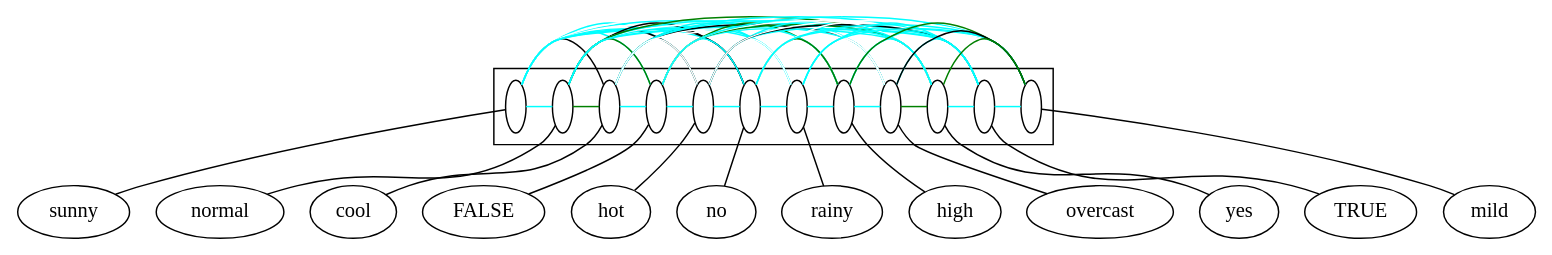
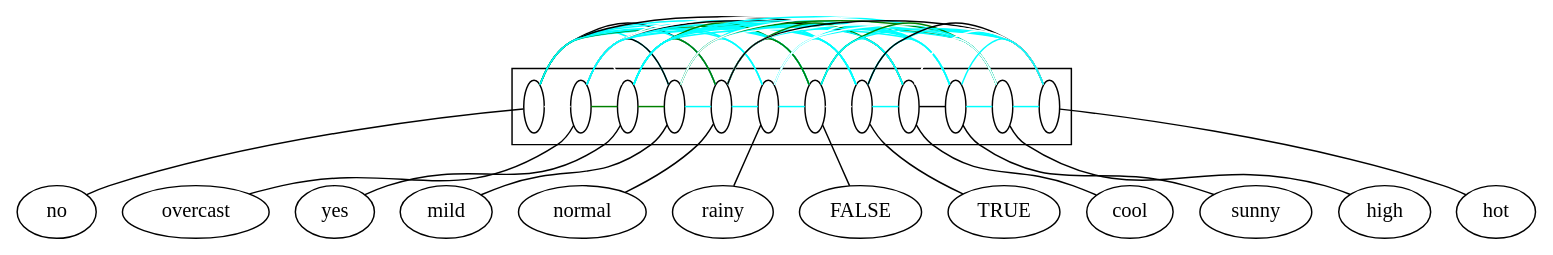
Before and after one commit to lrodrin/TFG: the diagram in src/final/exponential2structure.dot, drawn with Graphviz. The commit also changed 24 other files, not shown here.

```diff
--- a/src/final/exponential2structure.dot
+++ b/src/final/exponential2structure.dot
@@ -1,112 +1,112 @@
 digraph G {
 compound=True;
-sunny;
-normal;
-cool;
-FALSE;
-hot;
 no;
-rainy;
-high;
 overcast;
 yes;
+mild;
+normal;
+rainy;
+FALSE;
 TRUE;
-mild;
-subgraph cluster_TRUEnormalmildovercastrainycoolsunnyyesnoFALSEhothigh {
-s_sunny [fillcolor=white, fixedsize=True, label=" ", width=0.2];
-s_normal [fillcolor=white, fixedsize=True, label=" ", width=0.2];
-s_cool [fillcolor=white, fixedsize=True, label=" ", width=0.2];
-s_FALSE [fillcolor=white, fixedsize=True, label=" ", width=0.2];
-s_hot [fillcolor=white, fixedsize=True, label=" ", width=0.2];
-s_no [fillcolor=white, fixedsize=True, label=" ", width=0.2];
-s_rainy [fillcolor=white, fixedsize=True, label=" ", width=0.2];
-s_high [fillcolor=white, fixedsize=True, label=" ", width=0.2];
-s_overcast [fillcolor=white, fixedsize=True, label=" ", width=0.2];
-s_yes [fillcolor=white, fixedsize=True, label=" ", width=0.2];
-s_TRUE [fillcolor=white, fixedsize=True, label=" ", width=0.2];
-s_mild [fillcolor=white, fixedsize=True, label=" ", width=0.2];
+cool;
+sunny;
+high;
+hot;
+subgraph cluster_sunnyhighTRUEcoolnormalyesrainynoFALSEmildhotovercast {
+s_no [label=" ", fillcolor=white, width=0.2, fixedsize=True];
+s_overcast [label=" ", fillcolor=white, width=0.2, fixedsize=True];
+s_yes [label=" ", fillcolor=white, width=0.2, fixedsize=True];
+s_mild [label=" ", fillcolor=white, width=0.2, fixedsize=True];
+s_normal [label=" ", fillcolor=white, width=0.2, fixedsize=True];
+s_rainy [label=" ", fillcolor=white, width=0.2, fixedsize=True];
+s_FALSE [label=" ", fillcolor=white, width=0.2, fixedsize=True];
+s_TRUE [label=" ", fillcolor=white, width=0.2, fixedsize=True];
+s_cool [label=" ", fillcolor=white, width=0.2, fixedsize=True];
+s_sunny [label=" ", fillcolor=white, width=0.2, fixedsize=True];
+s_high [label=" ", fillcolor=white, width=0.2, fixedsize=True];
+s_hot [label=" ", fillcolor=white, width=0.2, fixedsize=True];
 subgraph  {
 rank=same;
-s_sunny -> s_normal  [arrowhead=none, color=cyan];
-s_sunny -> s_cool  [arrowhead=none, color=black];
-s_sunny -> s_FALSE  [arrowhead=none, color=cyan];
-s_sunny -> s_hot  [arrowhead=none, color=cyan];
-s_sunny -> s_no  [arrowhead=none, color=cyan];
-s_sunny -> s_rainy  [arrowhead=none, color=white];
-s_sunny -> s_high  [arrowhead=none, color=cyan];
-s_sunny -> s_overcast  [arrowhead=none, color=white];
-s_sunny -> s_yes  [arrowhead=none, color=cyan];
-s_sunny -> s_TRUE  [arrowhead=none, color=cyan];
-s_sunny -> s_mild  [arrowhead=none, color=cyan];
-s_normal -> s_cool  [arrowhead=none, color=green];
-s_normal -> s_FALSE  [arrowhead=none, color=green];
-s_normal -> s_hot  [arrowhead=none, color=black];
-s_normal -> s_no  [arrowhead=none, color=black];
-s_normal -> s_rainy  [arrowhead=none, color=cyan];
-s_normal -> s_high  [arrowhead=none, color=white];
-s_normal -> s_overcast  [arrowhead=none, color=cyan];
-s_normal -> s_yes  [arrowhead=none, color=green];
-s_normal -> s_TRUE  [arrowhead=none, color=cyan];
-s_normal -> s_mild  [arrowhead=none, color=cyan];
-s_cool -> s_FALSE  [arrowhead=none, color=cyan];
-s_cool -> s_hot  [arrowhead=none, color=white];
-s_cool -> s_no  [arrowhead=none, color=black];
-s_cool -> s_rainy  [arrowhead=none, color=cyan];
-s_cool -> s_high  [arrowhead=none, color=white];
-s_cool -> s_overcast  [arrowhead=none, color=black];
-s_cool -> s_yes  [arrowhead=none, color=cyan];
-s_cool -> s_TRUE  [arrowhead=none, color=cyan];
-s_cool -> s_mild  [arrowhead=none, color=white];
-s_FALSE -> s_hot  [arrowhead=none, color=cyan];
-s_FALSE -> s_no  [arrowhead=none, color=cyan];
-s_FALSE -> s_rainy  [arrowhead=none, color=cyan];
-s_FALSE -> s_high  [arrowhead=none, color=green];
-s_FALSE -> s_overcast  [arrowhead=none, color=cyan];
-s_FALSE -> s_yes  [arrowhead=none, color=green];
-s_FALSE -> s_TRUE  [arrowhead=none, color=white];
-s_FALSE -> s_mild  [arrowhead=none, color=cyan];
-s_hot -> s_no  [arrowhead=none, color=cyan];
-s_hot -> s_rainy  [arrowhead=none, color=white];
-s_hot -> s_high  [arrowhead=none, color=cyan];
-s_hot -> s_overcast  [arrowhead=none, color=cyan];
-s_hot -> s_yes  [arrowhead=none, color=cyan];
-s_hot -> s_TRUE  [arrowhead=none, color=black];
-s_hot -> s_mild  [arrowhead=none, color=white];
-s_no -> s_rainy  [arrowhead=none, color=cyan];
-s_no -> s_high  [arrowhead=none, color=green];
 s_no -> s_overcast  [arrowhead=none, color=white];
 s_no -> s_yes  [arrowhead=none, color=white];
+s_no -> s_mild  [arrowhead=none, color=cyan];
+s_no -> s_normal  [arrowhead=none, color=black];
+s_no -> s_rainy  [arrowhead=none, color=cyan];
+s_no -> s_FALSE  [arrowhead=none, color=cyan];
 s_no -> s_TRUE  [arrowhead=none, color=cyan];
-s_no -> s_mild  [arrowhead=none, color=cyan];
+s_no -> s_cool  [arrowhead=none, color=black];
+s_no -> s_sunny  [arrowhead=none, color=cyan];
+s_no -> s_high  [arrowhead=none, color=green];
+s_no -> s_hot  [arrowhead=none, color=cyan];
+s_overcast -> s_yes  [arrowhead=none, color=green];
+s_overcast -> s_mild  [arrowhead=none, color=black];
+s_overcast -> s_normal  [arrowhead=none, color=cyan];
+s_overcast -> s_rainy  [arrowhead=none, color=white];
+s_overcast -> s_FALSE  [arrowhead=none, color=cyan];
+s_overcast -> s_TRUE  [arrowhead=none, color=cyan];
+s_overcast -> s_cool  [arrowhead=none, color=black];
+s_overcast -> s_sunny  [arrowhead=none, color=white];
+s_overcast -> s_high  [arrowhead=none, color=cyan];
+s_overcast -> s_hot  [arrowhead=none, color=cyan];
+s_yes -> s_mild  [arrowhead=none, color=green];
+s_yes -> s_normal  [arrowhead=none, color=green];
+s_yes -> s_rainy  [arrowhead=none, color=cyan];
+s_yes -> s_FALSE  [arrowhead=none, color=green];
+s_yes -> s_TRUE  [arrowhead=none, color=cyan];
+s_yes -> s_cool  [arrowhead=none, color=cyan];
+s_yes -> s_sunny  [arrowhead=none, color=cyan];
+s_yes -> s_high  [arrowhead=none, color=cyan];
+s_yes -> s_hot  [arrowhead=none, color=cyan];
+s_mild -> s_normal  [arrowhead=none, color=cyan];
+s_mild -> s_rainy  [arrowhead=none, color=cyan];
+s_mild -> s_FALSE  [arrowhead=none, color=cyan];
+s_mild -> s_TRUE  [arrowhead=none, color=cyan];
+s_mild -> s_cool  [arrowhead=none, color=white];
+s_mild -> s_sunny  [arrowhead=none, color=cyan];
+s_mild -> s_high  [arrowhead=none, color=green];
+s_mild -> s_hot  [arrowhead=none, color=white];
+s_normal -> s_rainy  [arrowhead=none, color=cyan];
+s_normal -> s_FALSE  [arrowhead=none, color=green];
+s_normal -> s_TRUE  [arrowhead=none, color=cyan];
+s_normal -> s_cool  [arrowhead=none, color=green];
+s_normal -> s_sunny  [arrowhead=none, color=cyan];
+s_normal -> s_high  [arrowhead=none, color=white];
+s_normal -> s_hot  [arrowhead=none, color=black];
+s_rainy -> s_FALSE  [arrowhead=none, color=cyan];
+s_rainy -> s_TRUE  [arrowhead=none, color=cyan];
+s_rainy -> s_cool  [arrowhead=none, color=cyan];
+s_rainy -> s_sunny  [arrowhead=none, color=white];
 s_rainy -> s_high  [arrowhead=none, color=cyan];
-s_rainy -> s_overcast  [arrowhead=none, color=white];
-s_rainy -> s_yes  [arrowhead=none, color=cyan];
-s_rainy -> s_TRUE  [arrowhead=none, color=cyan];
-s_rainy -> s_mild  [arrowhead=none, color=cyan];
-s_high -> s_overcast  [arrowhead=none, color=cyan];
-s_high -> s_yes  [arrowhead=none, color=cyan];
-s_high -> s_TRUE  [arrowhead=none, color=cyan];
-s_high -> s_mild  [arrowhead=none, color=green];
-s_overcast -> s_yes  [arrowhead=none, color=green];
-s_overcast -> s_TRUE  [arrowhead=none, color=cyan];
-s_overcast -> s_mild  [arrowhead=none, color=black];
-s_yes -> s_TRUE  [arrowhead=none, color=cyan];
-s_yes -> s_mild  [arrowhead=none, color=green];
-s_TRUE -> s_mild  [arrowhead=none, color=cyan];
+s_rainy -> s_hot  [arrowhead=none, color=white];
+s_FALSE -> s_TRUE  [arrowhead=none, color=white];
+s_FALSE -> s_cool  [arrowhead=none, color=cyan];
+s_FALSE -> s_sunny  [arrowhead=none, color=cyan];
+s_FALSE -> s_high  [arrowhead=none, color=green];
+s_FALSE -> s_hot  [arrowhead=none, color=cyan];
+s_TRUE -> s_cool  [arrowhead=none, color=cyan];
+s_TRUE -> s_sunny  [arrowhead=none, color=cyan];
+s_TRUE -> s_high  [arrowhead=none, color=cyan];
+s_TRUE -> s_hot  [arrowhead=none, color=black];
+s_cool -> s_sunny  [arrowhead=none, color=black];
+s_cool -> s_high  [arrowhead=none, color=white];
+s_cool -> s_hot  [arrowhead=none, color=white];
+s_sunny -> s_high  [arrowhead=none, color=cyan];
+s_sunny -> s_hot  [arrowhead=none, color=cyan];
+s_high -> s_hot  [arrowhead=none, color=cyan];
 }
 
 }
 
-s_sunny -> sunny  [arrowhead=none];
-s_normal -> normal  [arrowhead=none];
-s_cool -> cool  [arrowhead=none];
-s_FALSE -> FALSE  [arrowhead=none];
-s_hot -> hot  [arrowhead=none];
 s_no -> no  [arrowhead=none];
-s_rainy -> rainy  [arrowhead=none];
-s_high -> high  [arrowhead=none];
 s_overcast -> overcast  [arrowhead=none];
 s_yes -> yes  [arrowhead=none];
+s_mild -> mild  [arrowhead=none];
+s_normal -> normal  [arrowhead=none];
+s_rainy -> rainy  [arrowhead=none];
+s_FALSE -> FALSE  [arrowhead=none];
 s_TRUE -> TRUE  [arrowhead=none];
-s_mild -> mild  [arrowhead=none];
+s_cool -> cool  [arrowhead=none];
+s_sunny -> sunny  [arrowhead=none];
+s_high -> high  [arrowhead=none];
+s_hot -> hot  [arrowhead=none];
 }
```
